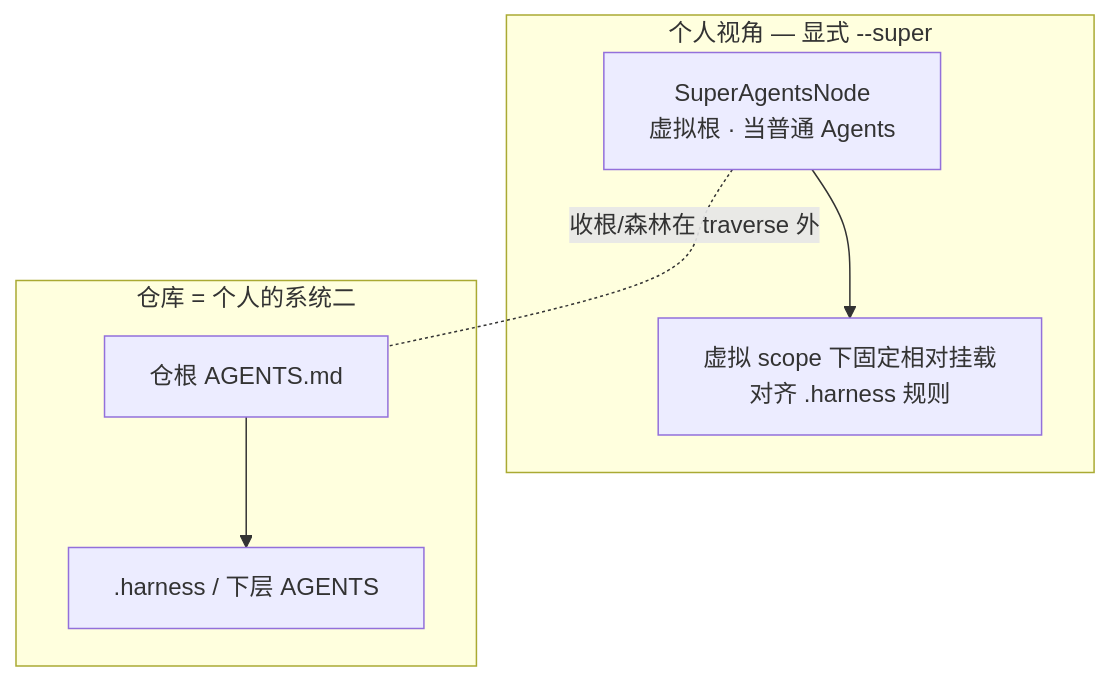
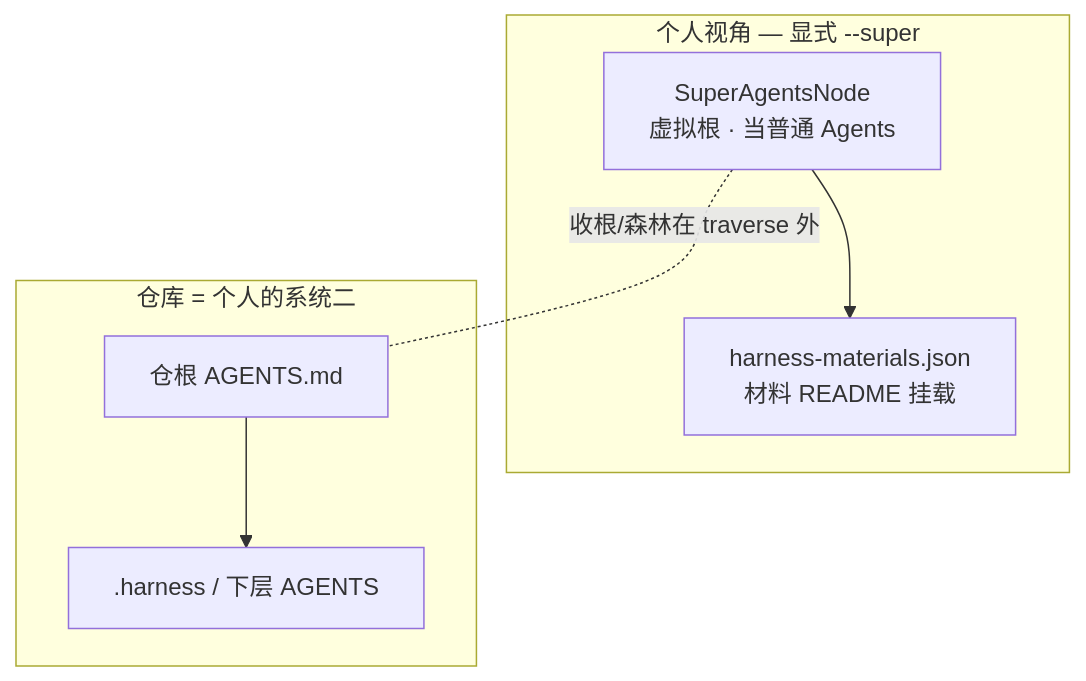
Before and after one commit to VirusPC/edges: the first of 6 diagrams in extensions/cli/src/domain/models/README.md, drawn with Mermaid. The commit also changed other lines of this file and 8 other files, not shown here.

Commit message:
docs: 系统森林与 harness-materials 配置原则

````diff
--- a/extensions/cli/src/domain/models/README.md
+++ b/extensions/cli/src/domain/models/README.md
@@ -20,10 +20,10 @@
 ```mermaid
 flowchart TB
   subgraph personal["个人视角 — 显式 --super"]
-    S["SuperAgentsNode<br/>虚拟根 · 当普通 Agents"] --> M["虚拟 scope 下固定相对挂载<br/>对齐 .harness 规则"]
+    S["SuperAgentsNode<br/>虚拟根 · 当普通 Agents"] --> M["harness-materials.json<br/>材料 README 挂载"]
   end
   subgraph repo["仓库 = 个人的系统二"]
     A["仓根 AGENTS.md"] --> H[".harness / 下层 AGENTS"]
   end
   S -. "收根/森林在 traverse 外" .- A
 ```
````
